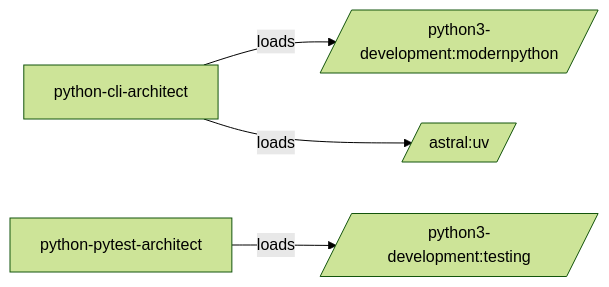
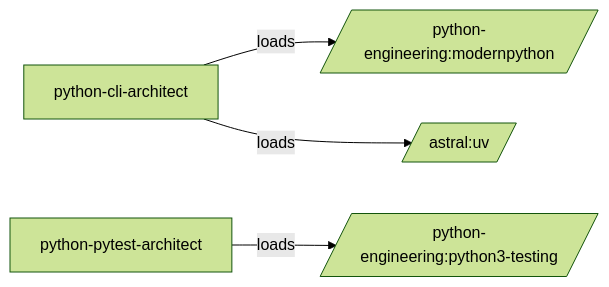
Before and after one commit to Jamie-BitFlight/claude_skills: the diagram in plugins/plugin-creator/skills/audit-agent-lifecycle/SKILL.md, drawn with Mermaid (forest theme). The commit also changed other lines of this file and 381 other files, not shown here.

First line of the commit message:
chore(python3-development): retire the plugin into python-engineering

````diff
--- a/plugins/plugin-creator/skills/audit-agent-lifecycle/SKILL.md
+++ b/plugins/plugin-creator/skills/audit-agent-lifecycle/SKILL.md
@@ -360,6 +360,6 @@
 ```mermaid
 graph LR
-    A[python-cli-architect] -->|loads| S1[/python3-development:modernpython/]
+    A[python-cli-architect] -->|loads| S1[/python-engineering:modernpython/]
     A -->|loads| S2[/astral:uv/]
-    B[python-pytest-architect] -->|loads| S3[/python3-development:testing/]
+    B[python-pytest-architect] -->|loads| S3[/python-engineering:python3-testing/]
 ```
````
